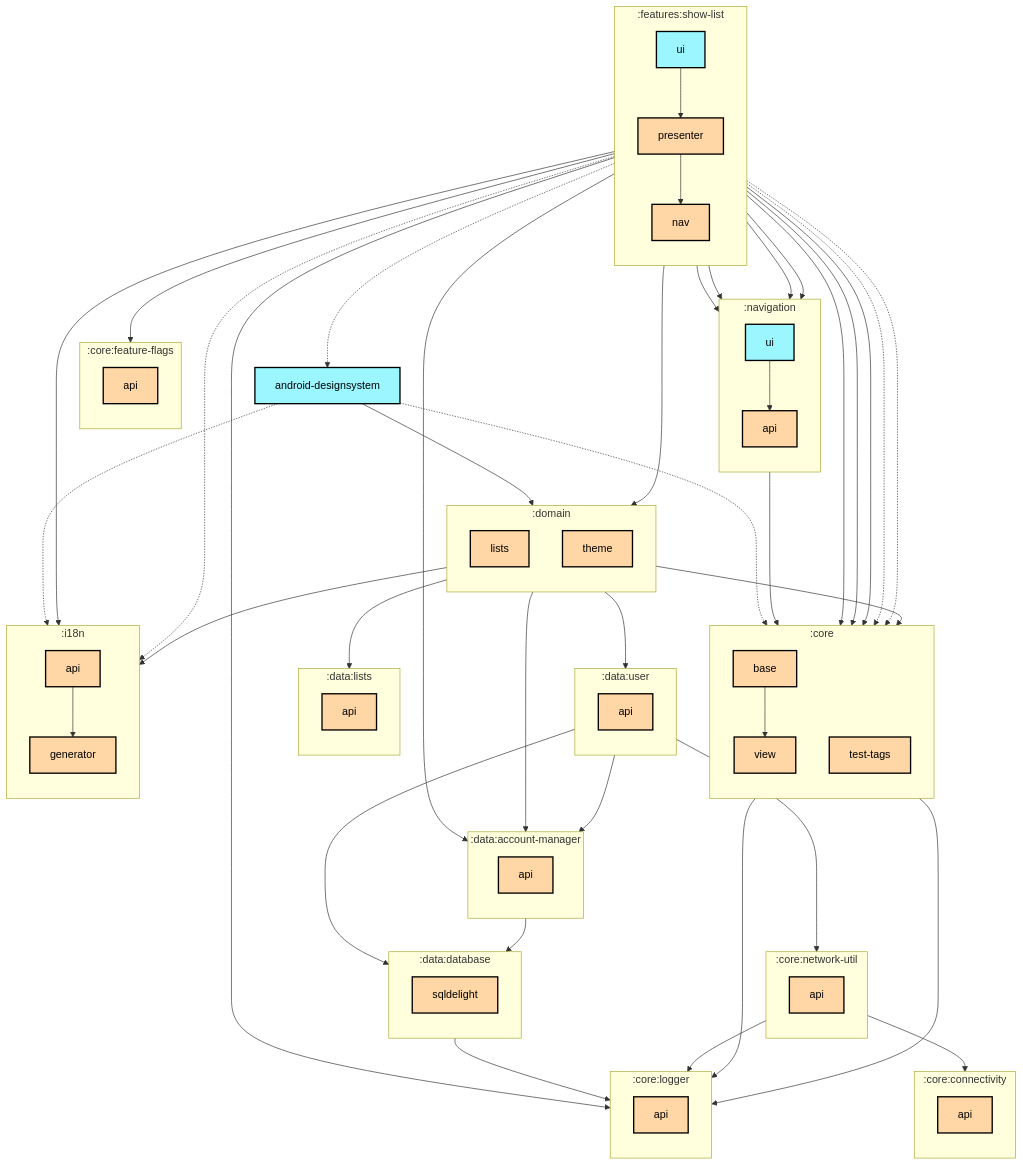
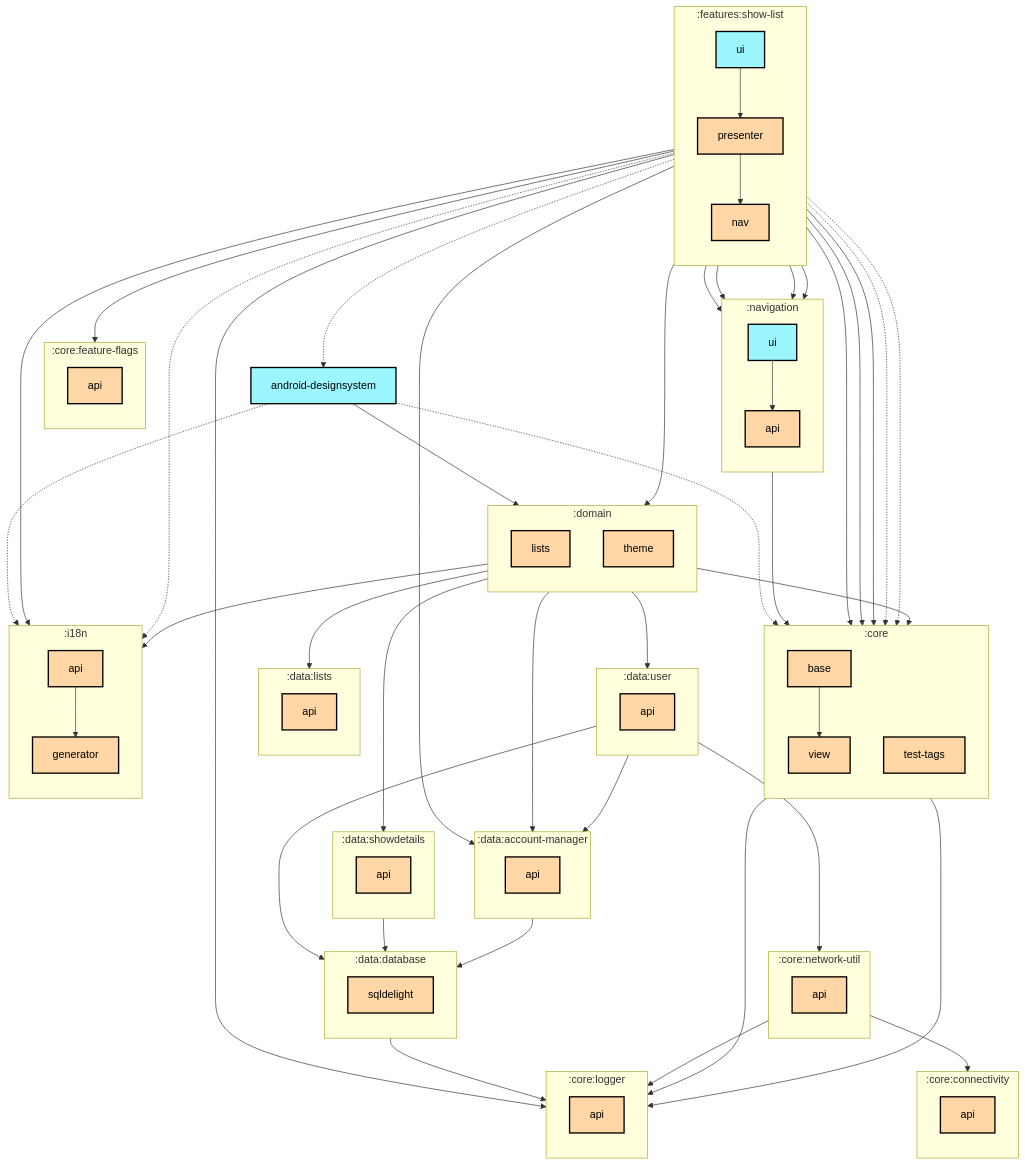
Before and after one commit to thomaskioko/tv-maniac: the first of 2 diagrams in features/show-list/ui/README.md, drawn with Mermaid. The commit also changed 90 other files, not shown here.

```diff
--- a/features/show-list/ui/README.md
+++ b/features/show-list/ui/README.md
@@ -40,6 +40,10 @@
     direction TB
     :data:lists:api[api]:::multiplatform
   end
+  subgraph :data:showdetails
+    direction TB
+    :data:showdetails:api[api]:::multiplatform
+  end
   subgraph :data:user
     direction TB
     :data:user:api[api]:::multiplatform
@@ -76,12 +80,14 @@
   :core:view --> :core:logger:api
   :data:account-manager:api --> :data:database:sqldelight
   :data:database:sqldelight --> :core:logger:api
+  :data:showdetails:api --> :data:database:sqldelight
   :data:user:api --> :core:network-util:api
   :data:user:api --> :data:account-manager:api
   :data:user:api --> :data:database:sqldelight
   :domain:lists --> :core:base
   :domain:lists --> :data:account-manager:api
   :domain:lists --> :data:lists:api
+  :domain:lists --> :data:showdetails:api
   :domain:lists --> :data:user:api
   :domain:theme --> :i18n:generator
   :features:show-list:nav --> :navigation:api
```
